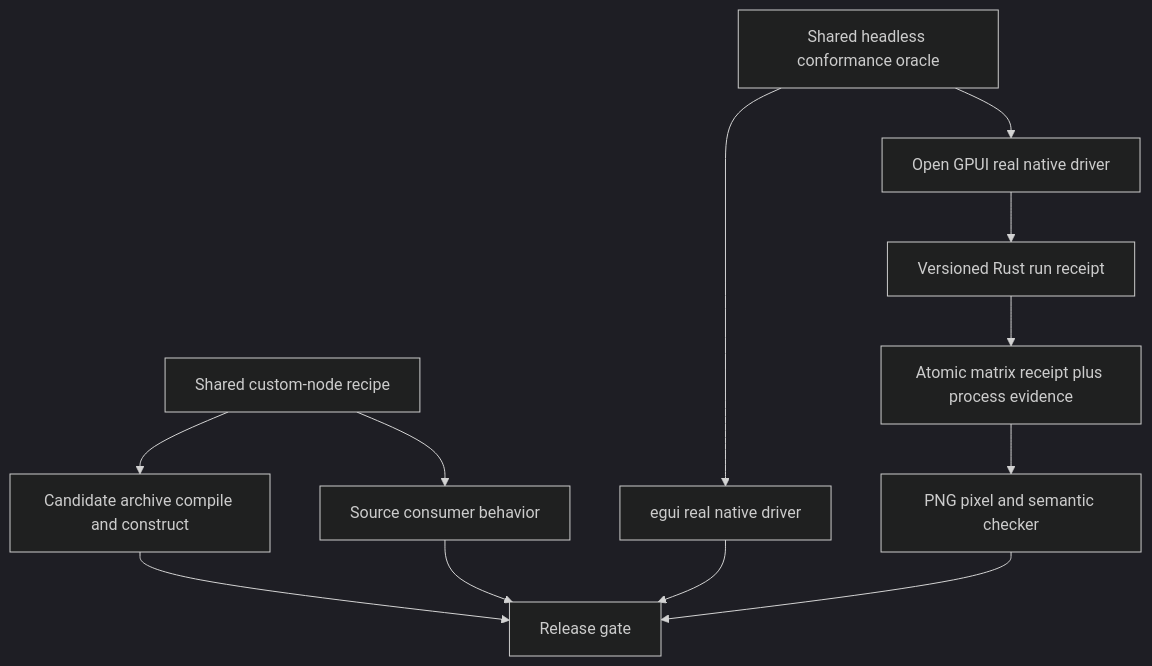
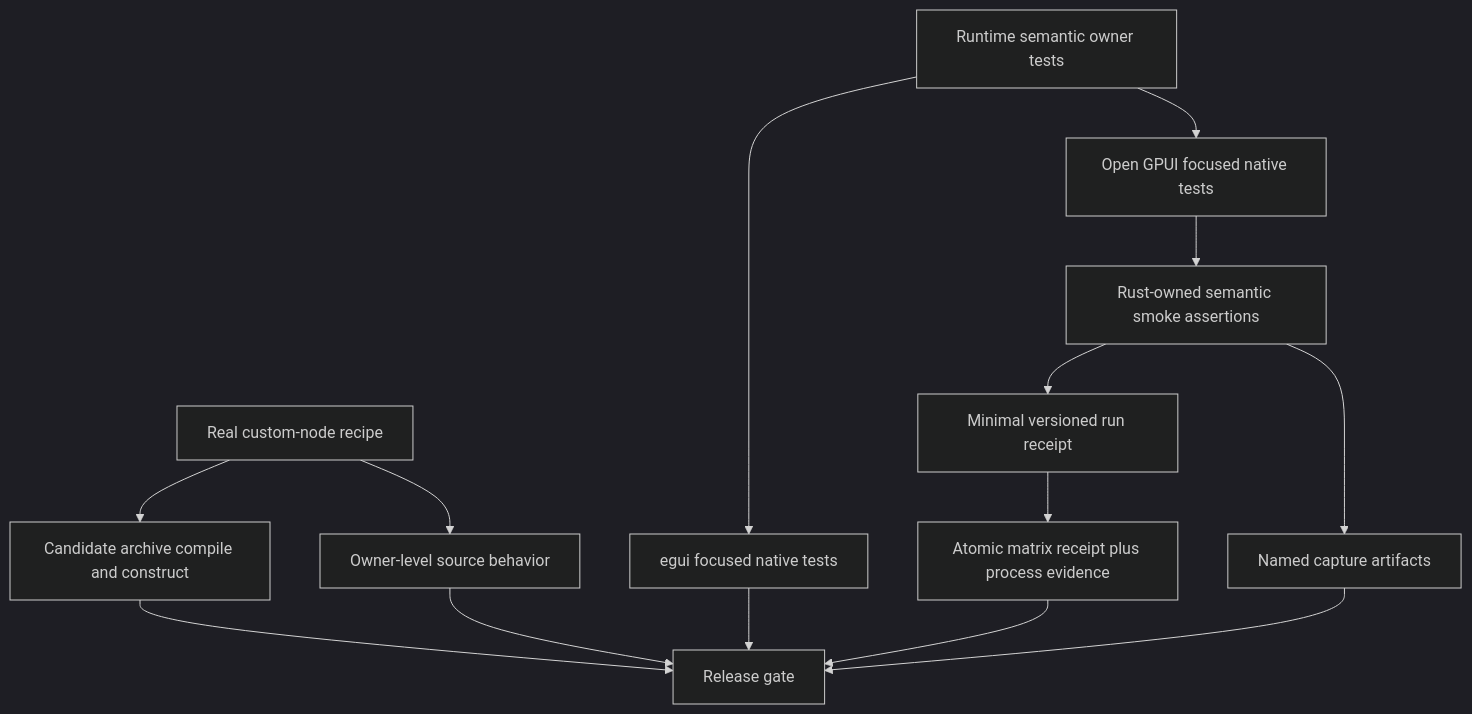
The fourth of 5 diagrams in docs/plans/2026-07-27-001-refactor-runtime-authoring-ownership-plan.md (Latias94/jellyflow), drawn with Mermaid (dark theme) before and after one commit. The commit also changed other lines of this file and 230 other files, not shown here.

First line of the commit message:
refactor(jellyflow)!: complete runtime-owned native authoring

````diff
--- a/docs/plans/2026-07-27-001-refactor-runtime-authoring-ownership-plan.md
+++ b/docs/plans/2026-07-27-001-refactor-runtime-authoring-ownership-plan.md
@@ -305,14 +306,16 @@
 ```mermaid
 flowchart TB
-  AR[Shared custom-node recipe] --> SC[Source consumer behavior]
+  AR[Real custom-node recipe] --> SC[Owner-level source behavior]
   AR --> PC[Candidate archive compile and construct]
-  CO[Shared headless conformance oracle] --> OD[Open GPUI real native driver]
-  CO --> ED[egui real native driver]
-  OD --> RR[Versioned Rust run receipt]
+  RO[Runtime semantic owner tests] --> OD[Open GPUI focused native tests]
+  RO --> ED[egui focused native tests]
+  OD --> RH[Rust-owned semantic smoke assertions]
+  RH --> RR[Minimal versioned run receipt]
   RR --> MR[Atomic matrix receipt plus process evidence]
-  MR --> PX[PNG pixel and semantic checker]
+  RH --> CP[Named capture artifacts]
   PC --> RG[Release gate]
   SC --> RG
   ED --> RG
-  PX --> RG
+  MR --> RG
+  CP --> RG
 ```
````
